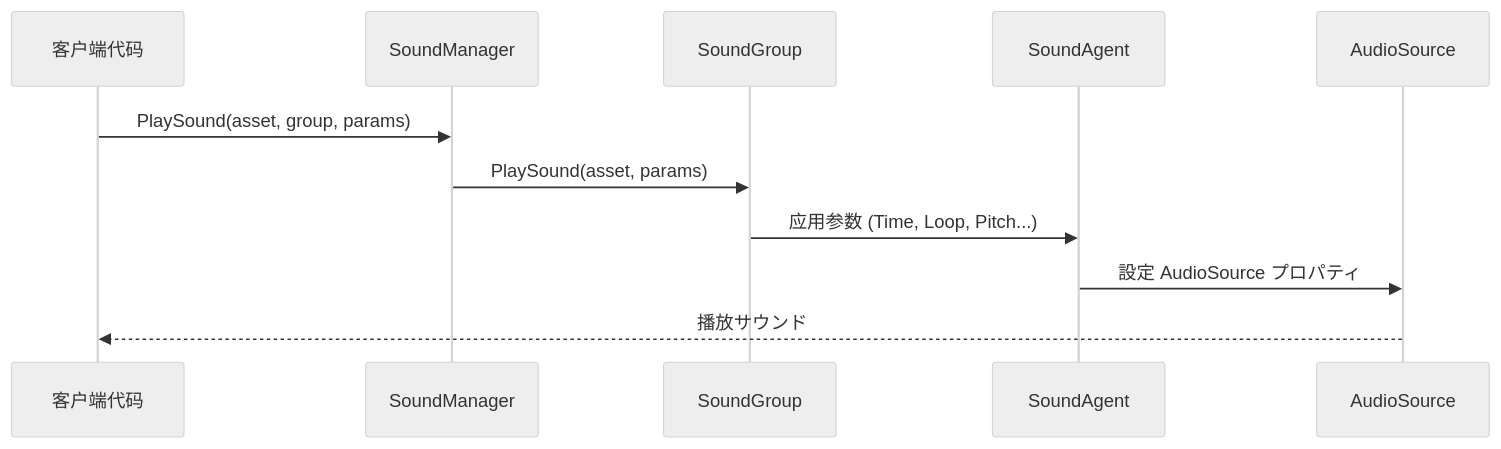
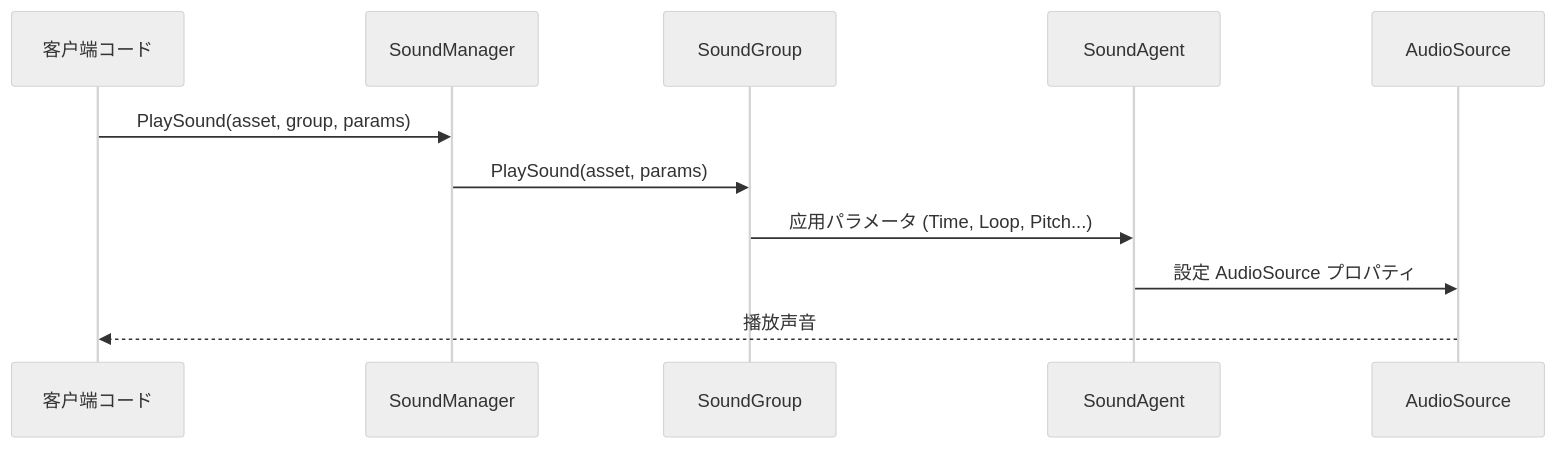
The diagram in docs/ja/client/unity/component/sound/08.play-sound-params.md (AlianBlank/GameFrameX.Docs), drawn with Mermaid (neutral theme) before and after one commit. The commit also changed other lines of this file and 320 other files, not shown here.

````diff
--- a/docs/ja/client/unity/component/sound/08.play-sound-params.md
+++ b/docs/ja/client/unity/component/sound/08.play-sound-params.md
@@ -22,14 +22,14 @@
 ```mermaid
 sequenceDiagram
-    participant Client as 客户端代码
+    participant Client as 客户端コード
     participant SM as SoundManager
     participant SG as SoundGroup
     participant SA as SoundAgent
     participant AS as AudioSource
 
     Client->>SM: PlaySound(asset, group, params)
     SM->>SG: PlaySound(asset, params)
-    SG->>SA: 应用参数 (Time, Loop, Pitch...)
+    SG->>SA: 应用パラメータ (Time, Loop, Pitch...)
     SA->>AS: 設定 AudioSource プロパティ
-    AS-->>Client: 播放サウンド
+    AS-->>Client: 播放声音
 ```
````
